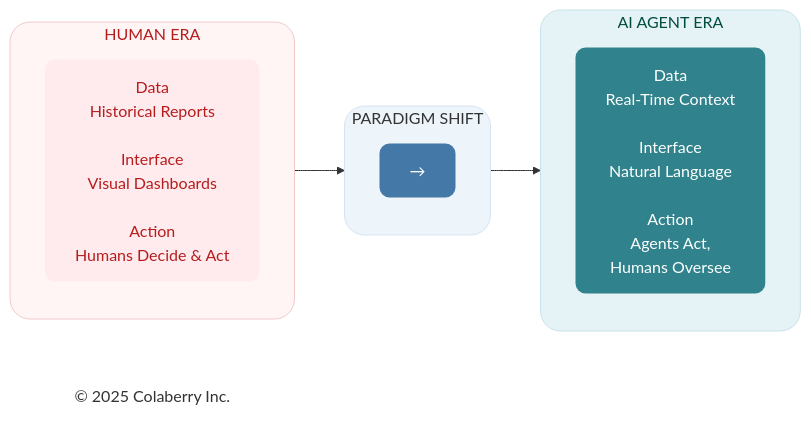
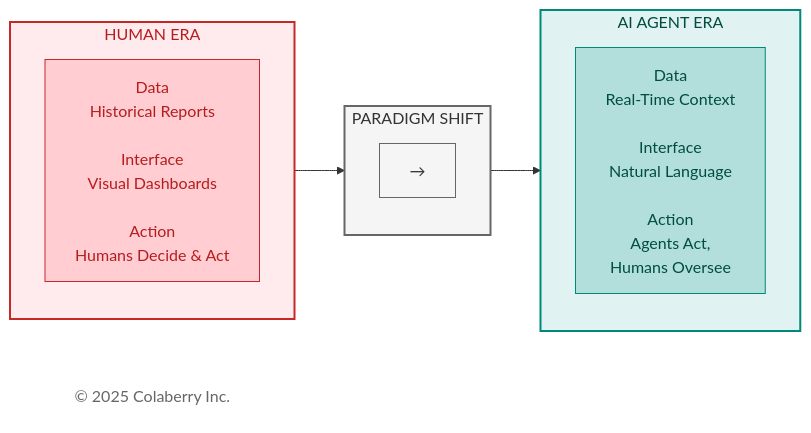
The second of 4 diagrams in manuscript/01_chapter_0_trust_before_intelligence.md (saitejesh-cyber/trust-before-intelligence-book), drawn with Mermaid before and after one commit. The commit also changed other lines of this file and 12 other files, not shown here.

Commit message:
Restore legacy Mermaid styles for Option 1

````diff
--- a/manuscript/01_chapter_0_trust_before_intelligence.md
+++ b/manuscript/01_chapter_0_trust_before_intelligence.md
@@ -166,31 +165,31 @@
 ```mermaid
 
 graph LR
     subgraph HumanEra["HUMAN ERA"]
         direction TB
         H1["Data<br/>Historical Reports<br/><br/>Interface<br/>Visual Dashboards<br/><br/>Action<br/>Humans Decide & Act"]
     end
     
     subgraph TRANSFORM["PARADIGM SHIFT"]
         direction TB
         T1["→"]
     end
     
     subgraph AgentEra["AI AGENT ERA"]
         direction TB
         A1["Data<br/>Real-Time Context<br/><br/>Interface<br/>Natural Language<br/><br/>Action<br/>Agents Act,<br/>Humans Oversee"]
     end
     
     Copyright["© 2025 Colaberry Inc."]
     
     HumanEra --> TRANSFORM --> AgentEra
     
-    style HumanEra fill:#fff5f5,stroke:#f2caca,stroke-width:1px,color:#b71c1c,rx:20,ry:20
-    style H1 fill:#ffebee,stroke:none,color:#b71c1c,rx:10,ry:10
-    style TRANSFORM fill:#edf4fa,stroke:#d6e4f2,stroke-width:1px,color:#333333,rx:20,ry:20
-    style T1 fill:#4478A6,stroke:none,color:#ffffff,rx:10,ry:10
-    style AgentEra fill:#e6f3f6,stroke:#c7e3ea,stroke-width:1px,color:#004d40,rx:20,ry:20
-    style A1 fill:#30838C,stroke:none,color:#ffffff,rx:10,ry:10
-    style Copyright fill:none,stroke:none,color:#333333
+    style HumanEra fill:#ffebee,stroke:#c62828,stroke-width:2px,color:#b71c1c
+    style TRANSFORM fill:#f5f5f5,stroke:#666666,stroke-width:2px,color:#333333
+    style AgentEra fill:#e0f2f1,stroke:#00897b,stroke-width:2px,color:#004d40
+    style H1 fill:#ffcdd2,stroke:#c62828,color:#b71c1c
+    style T1 fill:#f5f5f5,stroke:#666666,color:#333333
+    style A1 fill:#b2dfdb,stroke:#00897b,color:#004d40
+    style Copyright fill:#ffffff,stroke:none,color:#666666
 
 ```
````
